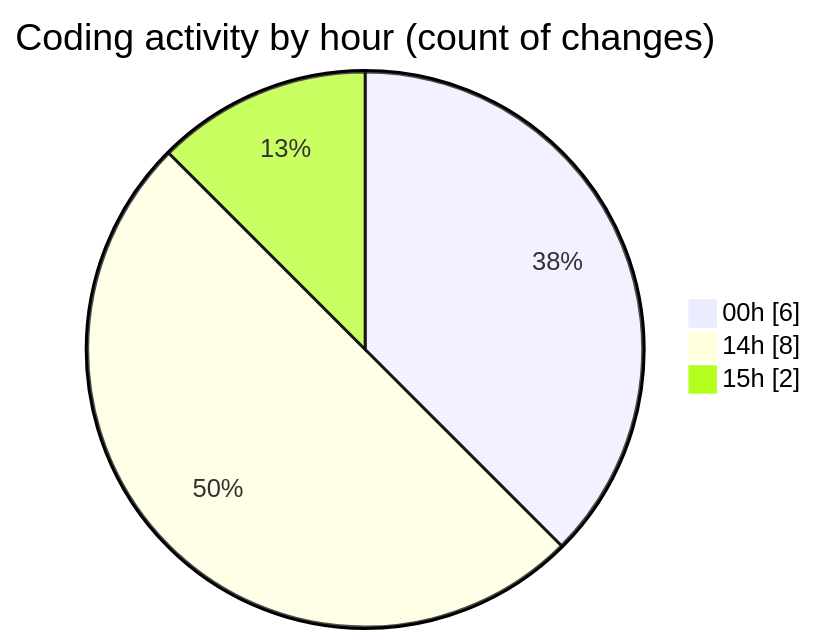
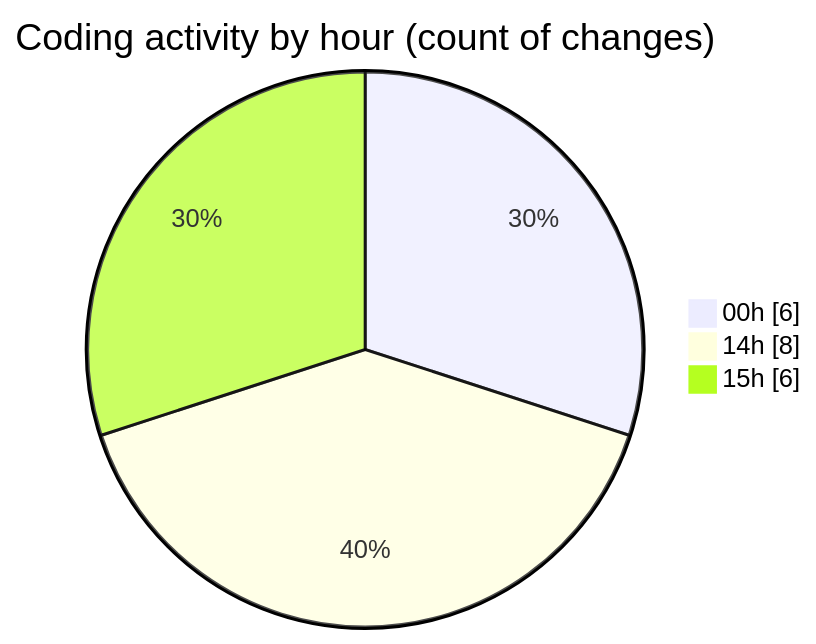
One commit to MatusMokan/code-tracking changed the second of 2 diagrams in 2025-03-15/myws__workspace_/README.md. Above: the diagram before and after it, drawn with Mermaid. The commit also changed other lines of this file and 1 other file, not shown here.

````diff
--- a/2025-03-15/myws__workspace_/README.md
+++ b/2025-03-15/myws__workspace_/README.md
@@ -30,7 +30,7 @@
 ```mermaid
 pie showData
 title Coding activity by hour (count of changes)
 "00h" : 6
 "14h" : 8
-"15h" : 2
+"15h" : 6
 ```
````
